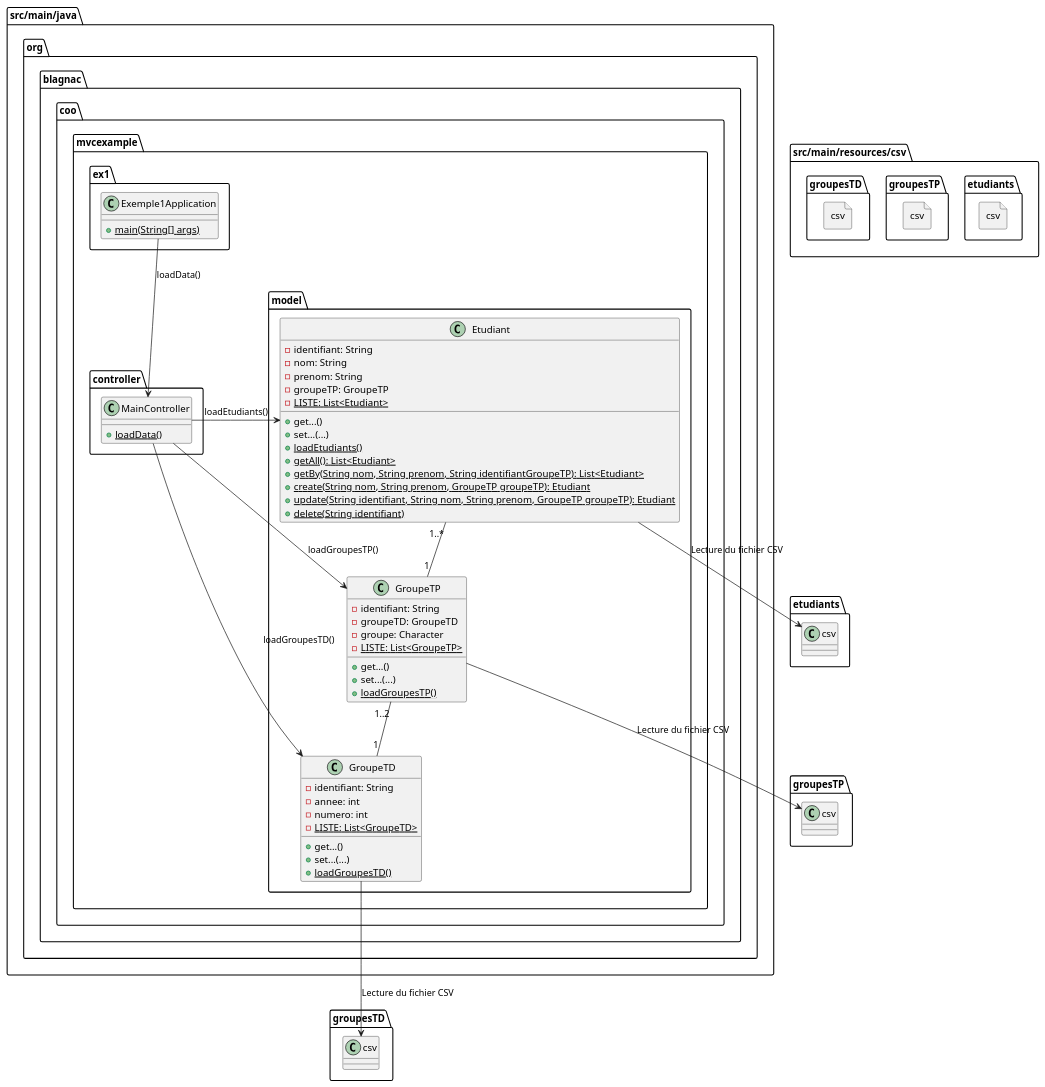
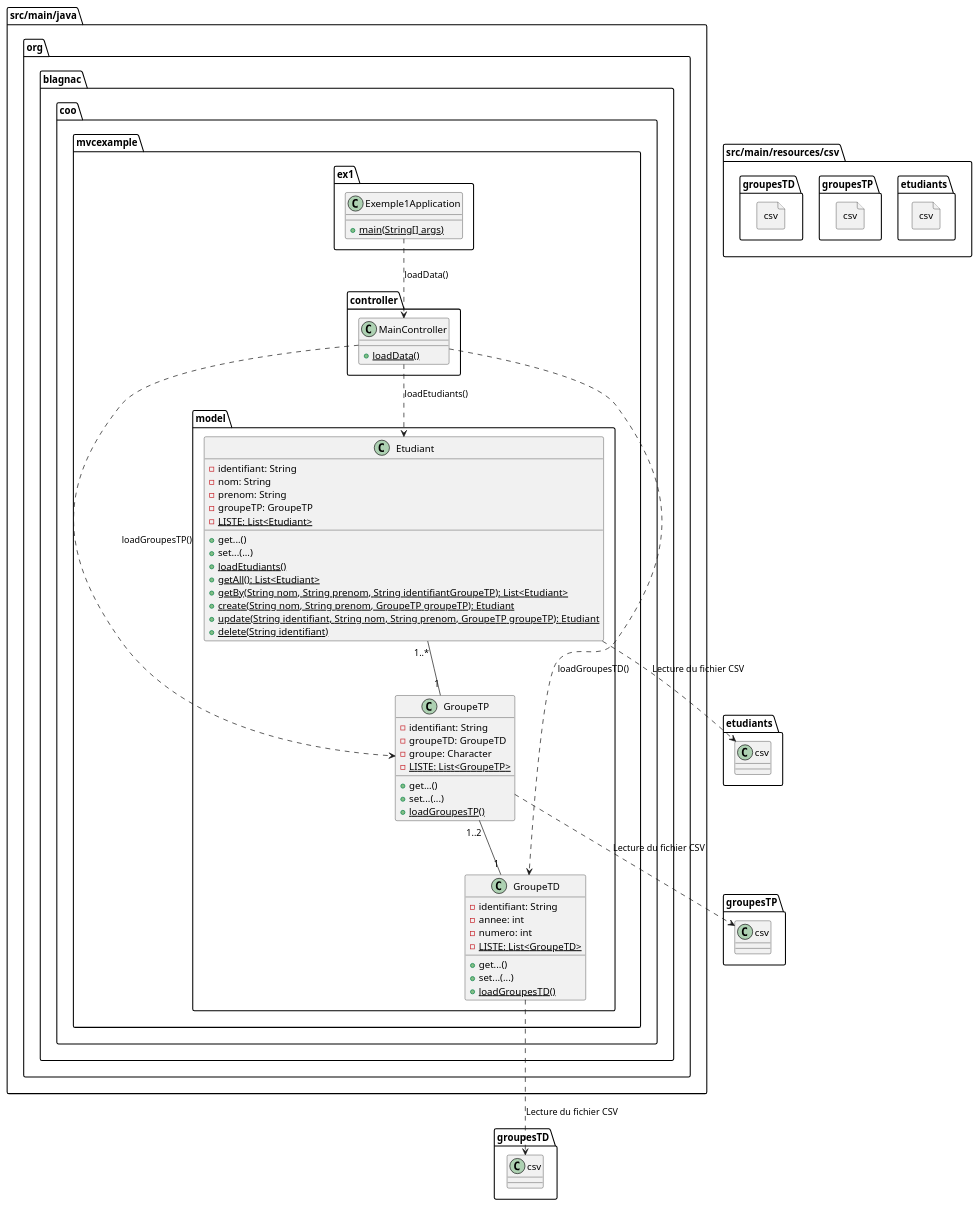
One commit to tgoubin/mvc-example changed the second of 5 diagrams in src/main/doc/exemple1.adoc. Above: the diagram before and after it, drawn with PlantUML. The commit also changed other lines of this file and 2 other files, not shown here.

Commit message:
Corrections UML

```diff
--- a/src/main/doc/exemple1.adoc
+++ b/src/main/doc/exemple1.adoc
@@ -97,80 +97,80 @@
 [plantuml, "stockage-infos", png]  
 ----
 @startuml
 
 folder "src/main/java" {
     package org.blagnac.coo.mvcexample.ex1 {
         class Exemple1Application {
             + {static} main(String[] args)
         }
     }
     
     package org.blagnac.coo.mvcexample.controller {
         class MainController {
             + {static} loadData()
         }
     }
     
     package org.blagnac.coo.mvcexample.model {
         class Etudiant {
             - identifiant: String
             - nom: String
             - prenom: String
             - groupeTP: GroupeTP
             - {static} LISTE: List<Etudiant>
             + get...()
             + set...(...)
             + {static} loadEtudiants()
             + {static} getAll(): List<Etudiant>
             + {static} getBy(String nom, String prenom, String identifiantGroupeTP): List<Etudiant>
             + {static} create(String nom, String prenom, GroupeTP groupeTP): Etudiant
             + {static} update(String identifiant, String nom, String prenom, GroupeTP groupeTP): Etudiant
             + {static} delete(String identifiant)
         }
         
         class GroupeTP {
             - identifiant: String
             - groupeTD: GroupeTD
             - groupe: Character
             - {static} LISTE: List<GroupeTP>
             + get...()
             + set...(...)
             + {static} loadGroupesTP()
         }
         
         class GroupeTD {
             - identifiant: String
             - annee: int
             - numero: int
             - {static} LISTE: List<GroupeTD>
             + get...()
             + set...(...)
             + {static} loadGroupesTD()
         }
     }
 }
 
 folder "src/main/resources/csv" {
     file etudiants.csv {
     }
     
     file groupesTP.csv {
     }
     
     file groupesTD.csv {
     }
 }
 
-Exemple1Application --> MainController: loadData()
-MainController -> Etudiant: loadEtudiants()
-MainController -> GroupeTP: loadGroupesTP()
-MainController -> GroupeTD: loadGroupesTD()
+Exemple1Application ..> MainController: loadData()
+MainController ..> Etudiant: loadEtudiants()
+MainController ..> GroupeTP: loadGroupesTP()
+MainController ..> GroupeTD: loadGroupesTD()
 
 Etudiant "1..*" -- "1" GroupeTP
 GroupeTP "1..2" -- "1" GroupeTD
-Etudiant --> etudiants.csv: Lecture du fichier CSV
-GroupeTP --> groupesTP.csv: Lecture du fichier CSV
-GroupeTD --> groupesTD.csv: Lecture du fichier CSV
+Etudiant ..> etudiants.csv: Lecture du fichier CSV
+GroupeTP ..> groupesTP.csv: Lecture du fichier CSV
+GroupeTD ..> groupesTD.csv: Lecture du fichier CSV
 
 @enduml
 ----
```
